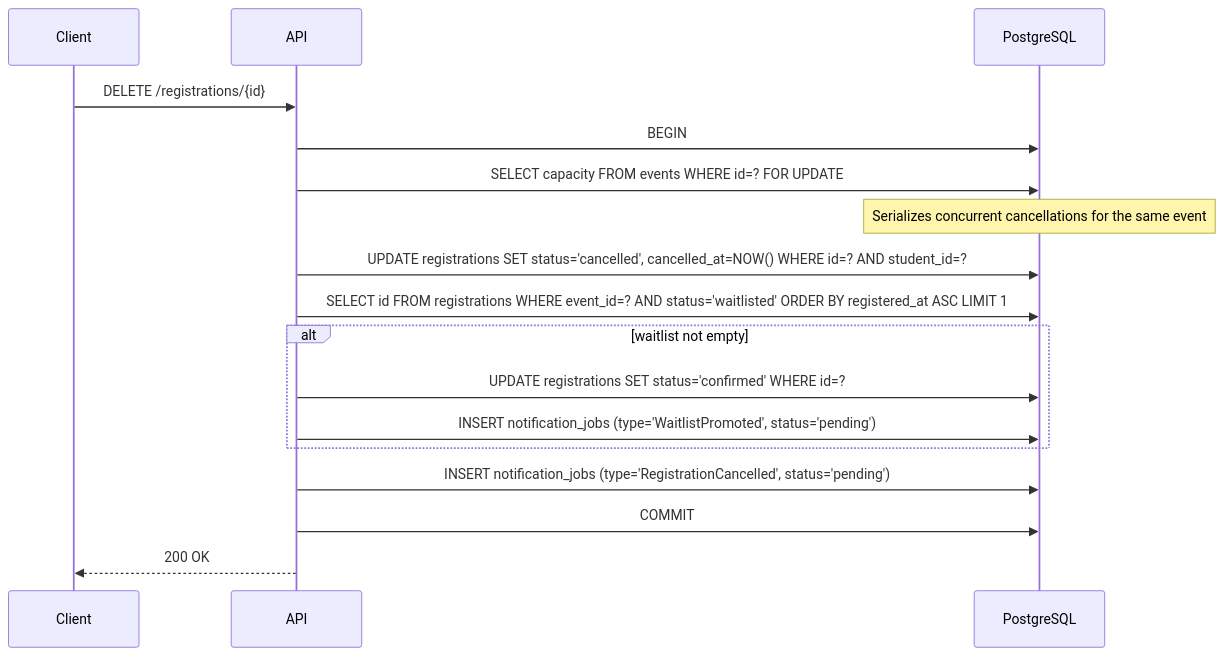
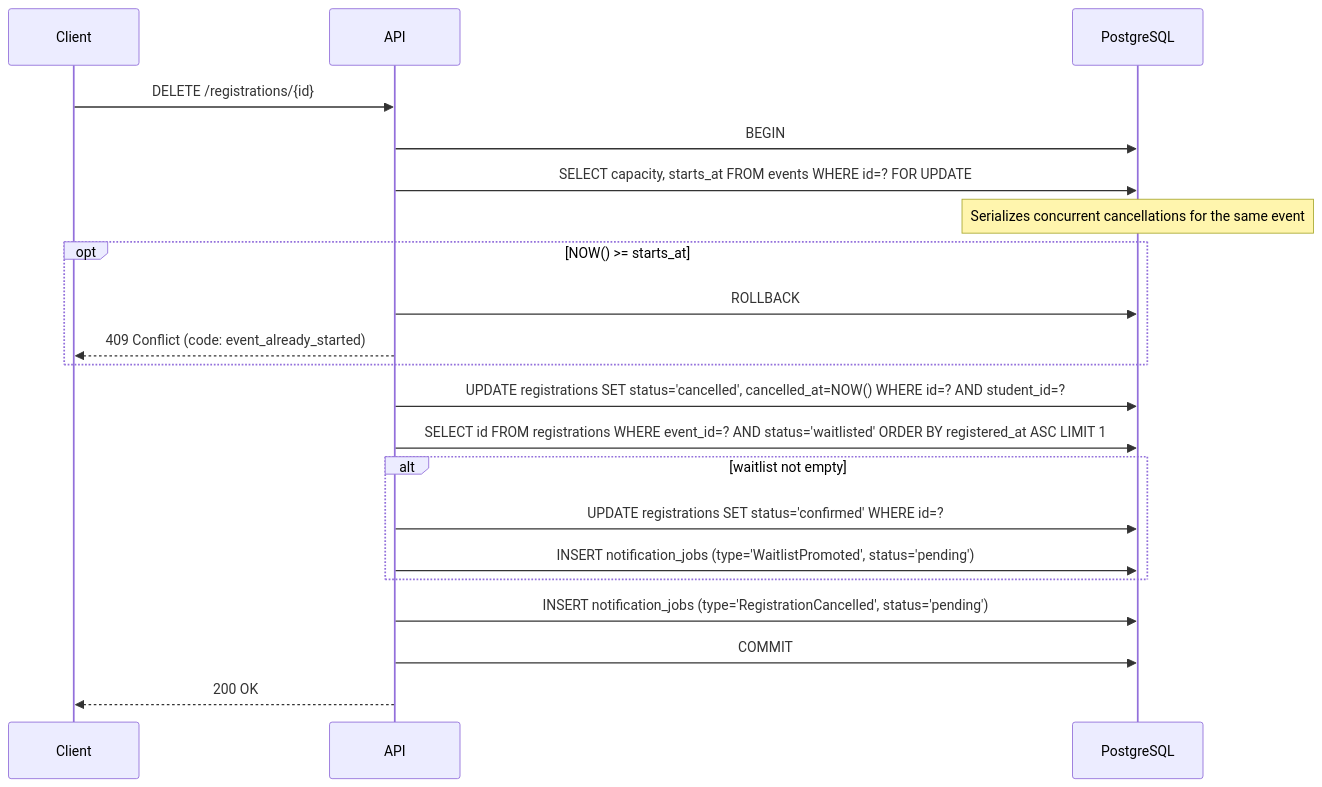
The fourth of 8 diagrams in docs/superpowers/specs/2026-06-16-backend-architecture-design.md (hefest2026/hefest-docs), drawn with Mermaid before and after one commit. The commit also changed other lines of this file, not shown here.

````diff
--- a/docs/superpowers/specs/2026-06-16-backend-architecture-design.md
+++ b/docs/superpowers/specs/2026-06-16-backend-architecture-design.md
@@ -283,20 +286,24 @@
 ```mermaid
 sequenceDiagram
     participant Client
     participant API
     participant PG as PostgreSQL
 
     Client->>API: DELETE /registrations/{id}
     API->>PG: BEGIN
-    API->>PG: SELECT capacity FROM events WHERE id=? FOR UPDATE
+    API->>PG: SELECT capacity, starts_at FROM events WHERE id=? FOR UPDATE
     Note over PG: Serializes concurrent cancellations for the same event
+    opt NOW() >= starts_at
+        API->>PG: ROLLBACK
+        API-->>Client: 409 Conflict (code: event_already_started)
+    end
     API->>PG: UPDATE registrations SET status='cancelled', cancelled_at=NOW() WHERE id=? AND student_id=?
     API->>PG: SELECT id FROM registrations WHERE event_id=? AND status='waitlisted' ORDER BY registered_at ASC LIMIT 1
     alt waitlist not empty
         API->>PG: UPDATE registrations SET status='confirmed' WHERE id=?
         API->>PG: INSERT notification_jobs (type='WaitlistPromoted', status='pending')
     end
     API->>PG: INSERT notification_jobs (type='RegistrationCancelled', status='pending')
     API->>PG: COMMIT
     API-->>Client: 200 OK
 ```
````
